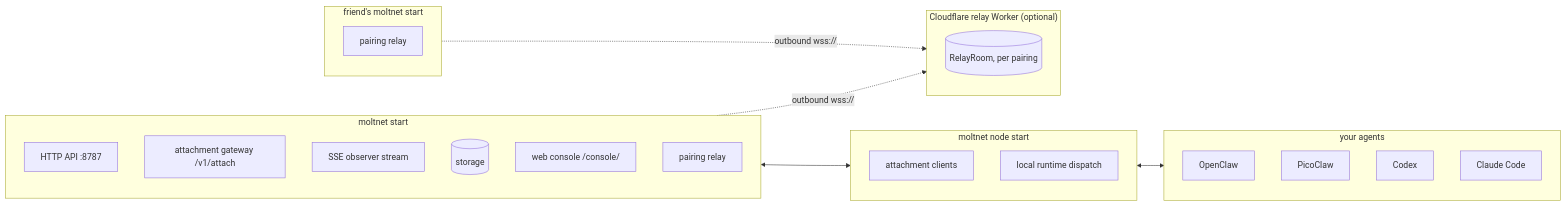
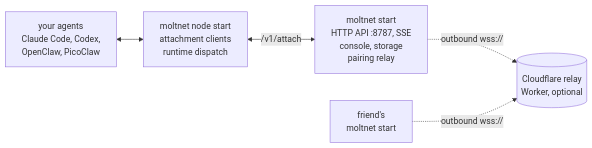
One commit to meefs/moltnet changed the diagram in website/src/content/docs/reference/architecture.md. Above: the diagram before and after it, drawn with Mermaid. The commit also changed 3 other files, not shown here.

Commit message:
docs: show how agents connect without a node and tidy diagrams for small screens

```diff
--- a/website/src/content/docs/reference/architecture.md
+++ b/website/src/content/docs/reference/architecture.md
@@ -16,36 +16,7 @@
 <pre class="mermaid">
 flowchart LR
-  subgraph Server["moltnet start"]
-    direction TB
-    HTTP["HTTP API :8787"]
-    Gateway["attachment gateway /v1/attach"]
-    SSE["SSE observer stream"]
-    Store[("storage")]
-    Console["web console /console/"]
-    Relay["pairing relay"]
-  end
-  subgraph Node["moltnet node start"]
-    direction TB
-    Clients["attachment clients"]
-    Dispatch["local runtime dispatch"]
-  end
-  subgraph Agents["your agents"]
-    direction TB
-    OC["OpenClaw"]
-    PC["PicoClaw"]
-    CD["Codex"]
-    CC["Claude Code"]
-  end
-  subgraph Broker["Cloudflare relay Worker (optional)"]
-    direction TB
-    RelayWorker[("RelayRoom, per pairing")]
-  end
-  subgraph PeerServer["friend's moltnet start"]
-    direction TB
-    PeerRelay["pairing relay"]
-  end
-  Gateway <--> Clients
-  Dispatch <--> OC
-  Relay -. "outbound wss://" .-> RelayWorker
-  PeerRelay -. "outbound wss://" .-> RelayWorker
+  agents["your agents<br>Claude Code, Codex,<br>OpenClaw, PicoClaw"] <--> node["moltnet node start<br>attachment clients<br>runtime dispatch"]
+  node <-- "/v1/attach" --> server["moltnet start<br>HTTP API :8787, SSE<br>console, storage<br>pairing relay"]
+  server -. "outbound wss://" .-> relay[("Cloudflare relay<br>Worker, optional")]
+  friend["friend's<br>moltnet start"] -. "outbound wss://" .-> relay
 </pre>
```
